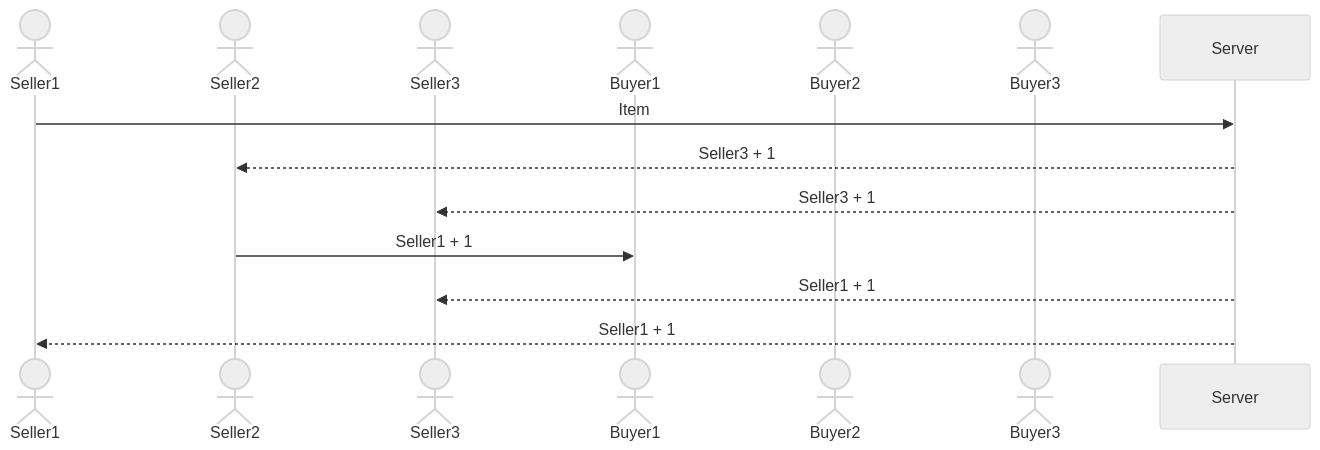
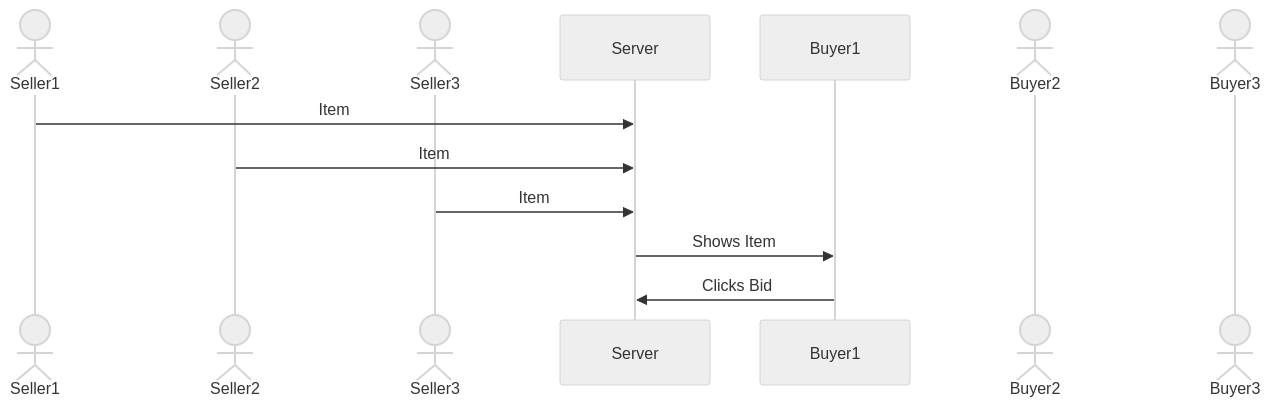
One commit to RiceChips1000/startup changed the diagram in README.md. Above: the diagram before and after it, drawn with Mermaid (neutral theme).

Commit message:
More Sequence Trying

````diff
--- a/README.md
+++ b/README.md
@@ -36,15 +36,15 @@
 ```mermaid
 sequenceDiagram
     actor Seller1
     actor Seller2
     actor Seller3
+    Seller1->>Server: Item
+    Seller2->>Server: Item
+    Seller3->>Server: Item
+    Server->>Buyer1: Shows Item
+    Buyer1->>Server: Clicks Bid
     actor Buyer1
     actor Buyer2
     actor Buyer3
-    Seller1->>Server: Item
-    Server -->>Seller2: Seller3 + 1
-    Server -->>Seller3: Seller3 + 1
-    Seller2->> Buyer1: Seller1 + 1
-    Server -->>Seller3: Seller1 + 1
-    Server -->>Seller1: Seller1 + 1
+    
 ```
````
